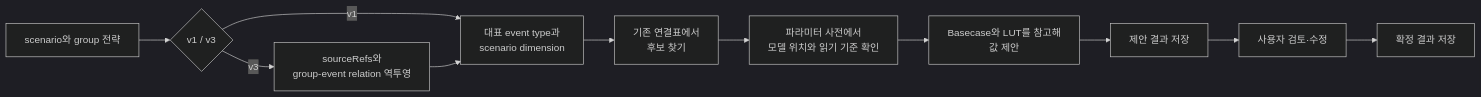
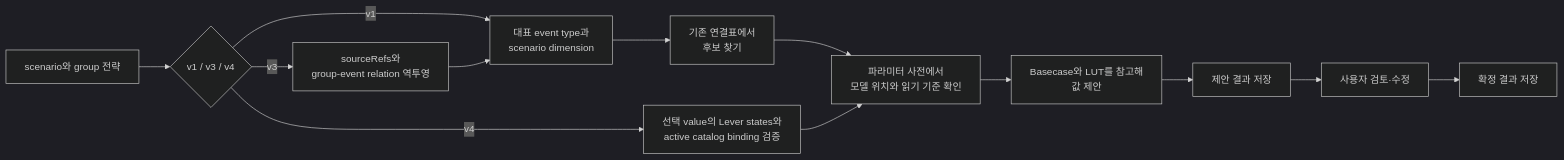
One commit to enkhbaatarL/skmip-mi-agent changed the first of 2 diagrams in apps/agents/model_parameter_agent/docs/03_MODEL_PARAMETER_AGENT_DB_SPEC.md. Above: the diagram before and after it, drawn with Mermaid (dark theme). The commit also changed other lines of this file and 73 other files, not shown here.

````diff
--- a/apps/agents/model_parameter_agent/docs/03_MODEL_PARAMETER_AGENT_DB_SPEC.md
+++ b/apps/agents/model_parameter_agent/docs/03_MODEL_PARAMETER_AGENT_DB_SPEC.md
@@ -28,13 +29,15 @@
 ```mermaid
 flowchart LR
-    A[scenario와 group 전략] --> V{v1 / v3}
+    A[scenario와 group 전략] --> V{v1 / v3 / v4}
     V -->|v1| B[대표 event type과\nscenario dimension]
     V -->|v3| R[sourceRefs와\ngroup-event relation 역투영]
     R --> B
     B --> C[기존 연결표에서\n후보 찾기]
+    V -->|v4| L[선택 value의 Lever states와\nactive catalog binding 검증]
     C --> D[파라미터 사전에서\n모델 위치와 읽기 기준 확인]
+    L --> D
     D --> E[Basecase와 LUT를 참고해\n값 제안]
     E --> F[제안 결과 저장]
     F --> G[사용자 검토·수정]
     G --> H[확정 결과 저장]
 ```
````
